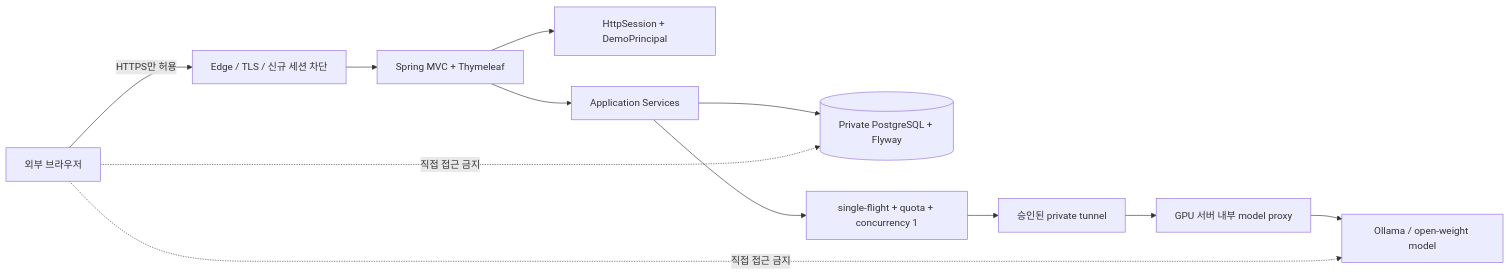
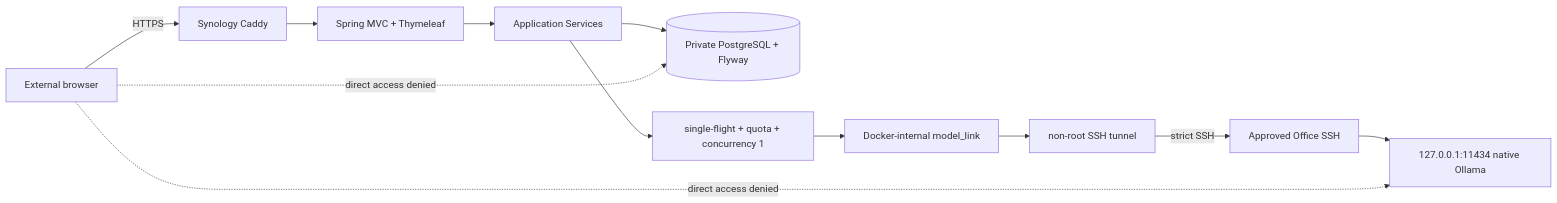
One commit to son1004007/engineering-career-portfolio changed the diagram in 02_projects/opsmate-local/docs/PUBLIC_DEMO.md. Above: the diagram before and after it, drawn with Mermaid. The commit also changed other lines of this file, not shown here.

Commit message:
docs: align public demo with native Ollama tunnel design

````diff
--- a/02_projects/opsmate-local/docs/PUBLIC_DEMO.md
+++ b/02_projects/opsmate-local/docs/PUBLIC_DEMO.md
@@ -26,15 +14,15 @@
 ```mermaid
 flowchart LR
-    B["외부 브라우저"] -->|"HTTPS만 허용"| EDGE["Edge / TLS / 신규 세션 차단"]
+    B["External browser"] -->|"HTTPS"| EDGE["Synology Caddy"]
     EDGE --> WEB["Spring MVC + Thymeleaf"]
-    WEB --> SESSION["HttpSession + DemoPrincipal"]
     WEB --> APP["Application Services"]
     APP --> DB[("Private PostgreSQL + Flyway")]
     APP --> GUARD["single-flight + quota + concurrency 1"]
-    GUARD --> LINK["승인된 private tunnel"]
-    LINK --> PROXY["GPU 서버 내부 model proxy"]
-    PROXY --> OLLAMA["Ollama / open-weight model"]
+    GUARD --> LINK["Docker-internal model_link"]
+    LINK --> TUNNEL["non-root SSH tunnel"]
+    TUNNEL -->|"strict SSH"| OFFICE["Approved Office SSH"]
+    OFFICE --> OLLAMA["127.0.0.1:11434 native Ollama"]
 
-    B -. "직접 접근 금지" .-> DB
-    B -. "직접 접근 금지" .-> OLLAMA
+    B -. "direct access denied" .-> DB
+    B -. "direct access denied" .-> OLLAMA
 ```
````
